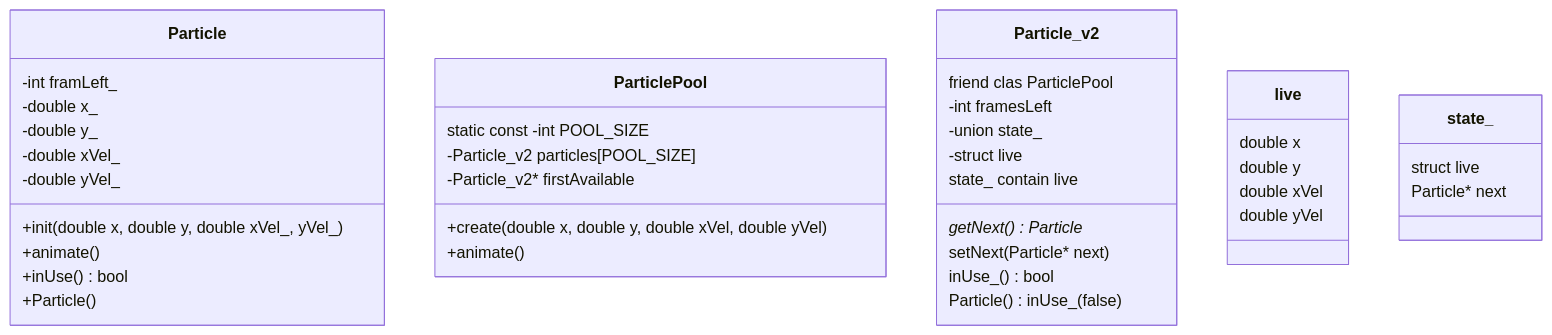
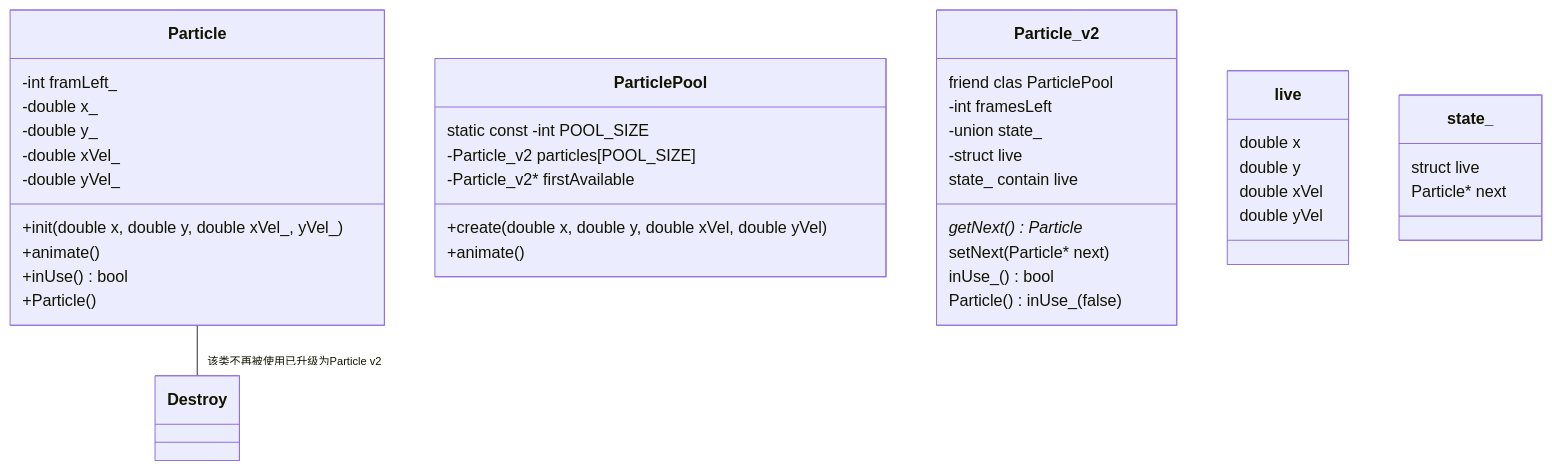
Before and after one commit to QAQSly/Design_Patterns: the second of 4 diagrams in Optimization Patterns/对象池模式.md, drawn with Mermaid. The commit also changed other lines of this file, not shown here.

````diff
--- a/Optimization Patterns/对象池模式.md
+++ b/Optimization Patterns/对象池模式.md
@@ -32,48 +32,48 @@
 ``` mermaid
 classDiagram
 %% 本类不再被使用
 class Particle
 Particle : -int framLeft_
 Particle : -double x_
 Particle : -double y_
 Particle : -double xVel_
 Particle : -double yVel_
 Particle : +init(double x, double y, double xVel_, yVel_)
 Particle : +animate()
 Particle : +inUse() bool
 Particle : +Particle()
-
+Particle -- "该类不再被使用已升级为Particle v2" Destroy
 class ParticlePool {
     static const -int POOL_SIZE 
     -Particle_v2 particles[POOL_SIZE]
     -Particle_v2* firstAvailable
 
     +create(double x, double y, double xVel, double yVel)
     +animate()
 }
 
 class Particle_v2 {
     friend clas ParticlePool
    -int framesLeft
    -union state_
    -struct live
    state_ contain live
    getNext() Particle*
    setNext(Particle* next)
    inUse_() bool
    Particle() : inUse_(false)
 }
 
 class live {
     double x
     double y
     double xVel
     double yVel
 }
 
 class state_ {
     struct live
     Particle* next
 }
 
 ```
````
